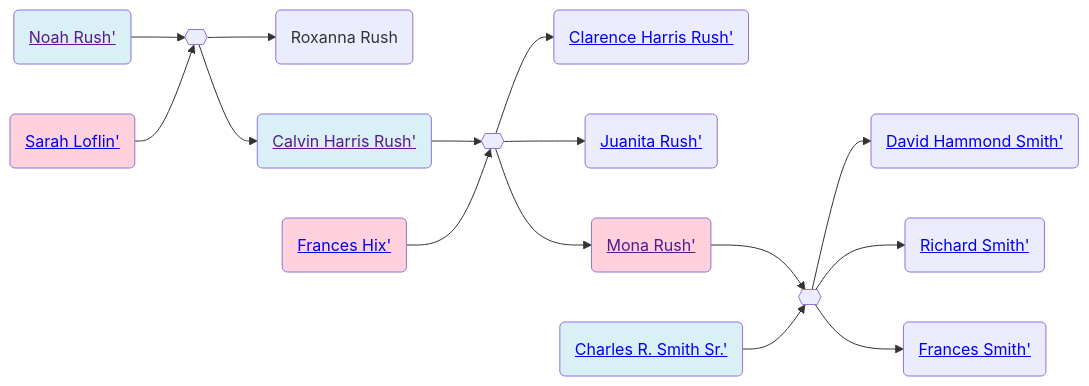
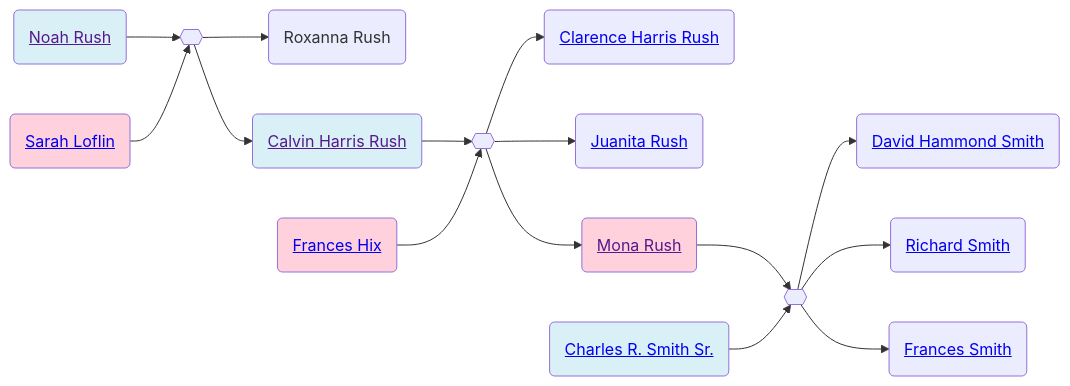
Before and after one commit to neelsmith/avocational: the second of 2 diagrams in familyhistory/sources/people/Rush-line/Noah_Rush.qmd, drawn with Mermaid. The commit also changed other lines of this file and 96 other files, not shown here.

````diff
--- a/familyhistory/sources/people/Rush-line/Noah_Rush.qmd
+++ b/familyhistory/sources/people/Rush-line/Noah_Rush.qmd
@@ -45,41 +45,41 @@
 ```{mermaid}
 graph LR
 %% LR descendant diagram
 class Noah_Rush_and_Sarah_Loflin marriage
-Noah_Rush(<a href=''>Noah Rush'</>) --> Noah_Rush_and_Sarah_Loflin{{ }}
-Sarah_Loflin(<a href='./../Randolph_county_lines/Loflin/Sarah_Loflin.html'>Sarah Loflin'</>) --> Noah_Rush_and_Sarah_Loflin{{ }}
+Noah_Rush(<a href=''>Noah Rush</a>) --> Noah_Rush_and_Sarah_Loflin{{ }}
+Sarah_Loflin(<a href='./../Randolph_county_lines/Loflin/Sarah_Loflin.html'>Sarah Loflin</a>) --> Noah_Rush_and_Sarah_Loflin{{ }}
 class ? father
 class ? mother
 Noah_Rush_and_Sarah_Loflin{{ }} --> Roxanna_Rush(Roxanna Rush)
 class Noah_Rush father
 class Sarah_Loflin mother
-Noah_Rush_and_Sarah_Loflin{{ }} --> Calvin_Harris_Rush(<a href='./Calvin_Harris_Rush.html'>Calvin Harris Rush'</>)
+Noah_Rush_and_Sarah_Loflin{{ }} --> Calvin_Harris_Rush(<a href='./Calvin_Harris_Rush.html'>Calvin Harris Rush</a>)
 class Calvin_Harris_Rush_and_Frances_Hix marriage
-Calvin_Harris_Rush(<a href=''>Calvin Harris Rush'</>) --> Calvin_Harris_Rush_and_Frances_Hix{{ }}
-Frances_Hix(<a href='./../Randolph_county_lines/Hicks/Frances_Hix.html'>Frances Hix'</>) --> Calvin_Harris_Rush_and_Frances_Hix{{ }}
+Calvin_Harris_Rush(<a href=''>Calvin Harris Rush</a>) --> Calvin_Harris_Rush_and_Frances_Hix{{ }}
+Frances_Hix(<a href='./../Randolph_county_lines/Hicks/Frances_Hix.html'>Frances Hix</a>) --> Calvin_Harris_Rush_and_Frances_Hix{{ }}
 class Calvin_Harris_Rush father
 class Frances_Hix mother
-Calvin_Harris_Rush_and_Frances_Hix{{ }} --> Clarence_Harris_Rush(<a href='./Clarence_Harris_Rush.html'>Clarence Harris Rush'</>)
+Calvin_Harris_Rush_and_Frances_Hix{{ }} --> Clarence_Harris_Rush(<a href='./Clarence_Harris_Rush.html'>Clarence Harris Rush</a>)
 class Calvin_Harris_Rush father
 class Frances_Hix mother
-Calvin_Harris_Rush_and_Frances_Hix{{ }} --> Juanita_Rush(<a href='./Juanita_Rush.html'>Juanita Rush'</>)
+Calvin_Harris_Rush_and_Frances_Hix{{ }} --> Juanita_Rush(<a href='./Juanita_Rush.html'>Juanita Rush</a>)
 class Calvin_Harris_Rush father
 class Frances_Hix mother
-Calvin_Harris_Rush_and_Frances_Hix{{ }} --> Mona_Rush(<a href='./Mona_Rush.html'>Mona Rush'</>)
+Calvin_Harris_Rush_and_Frances_Hix{{ }} --> Mona_Rush(<a href='./Mona_Rush.html'>Mona Rush</a>)
 class Mona_Rush_and_Charles_R._Smith_Sr. marriage
-Mona_Rush(<a href=''>Mona Rush'</>) --> Mona_Rush_and_Charles_R._Smith_Sr.{{ }}
-Charles_R._Smith_Sr.(<a href='./../Smith-line/Charles_R._Smith_Sr..html'>Charles R. Smith Sr.'</>) --> Mona_Rush_and_Charles_R._Smith_Sr.{{ }}
+Mona_Rush(<a href=''>Mona Rush</a>) --> Mona_Rush_and_Charles_R._Smith_Sr.{{ }}
+Charles_R._Smith_Sr.(<a href='./../Smith-line/Charles_R._Smith_Sr..html'>Charles R. Smith Sr.</a>) --> Mona_Rush_and_Charles_R._Smith_Sr.{{ }}
 class Charles_R._Smith_Sr. father
 class Mona_Rush mother
-Mona_Rush_and_Charles_R._Smith_Sr.{{ }} --> David_Hammond_Smith(<a href='./../Smith-line/David_Hammond_Smith.html'>David Hammond Smith'</>)
+Mona_Rush_and_Charles_R._Smith_Sr.{{ }} --> David_Hammond_Smith(<a href='./../Smith-line/David_Hammond_Smith.html'>David Hammond Smith</a>)
 class Charles_R._Smith_Sr. father
 class Mona_Rush mother
-Mona_Rush_and_Charles_R._Smith_Sr.{{ }} --> Richard_Smith(<a href='./../Smith-line/Richard_Smith.html'>Richard Smith'</>)
+Mona_Rush_and_Charles_R._Smith_Sr.{{ }} --> Richard_Smith(<a href='./../Smith-line/Richard_Smith.html'>Richard Smith</a>)
 class Charles_R._Smith_Sr. father
 class Mona_Rush mother
-Mona_Rush_and_Charles_R._Smith_Sr.{{ }} --> Frances_Smith(<a href='./../Smith-line/Frances_Smith.html'>Frances Smith'</>)
+Mona_Rush_and_Charles_R._Smith_Sr.{{ }} --> Frances_Smith(<a href='./../Smith-line/Frances_Smith.html'>Frances Smith</a>)
 classDef mother fill:#ffd1dc
 classDef father fill:#daf0f7  
 classDef marriage fill:#ffffff
 
 ```
````
